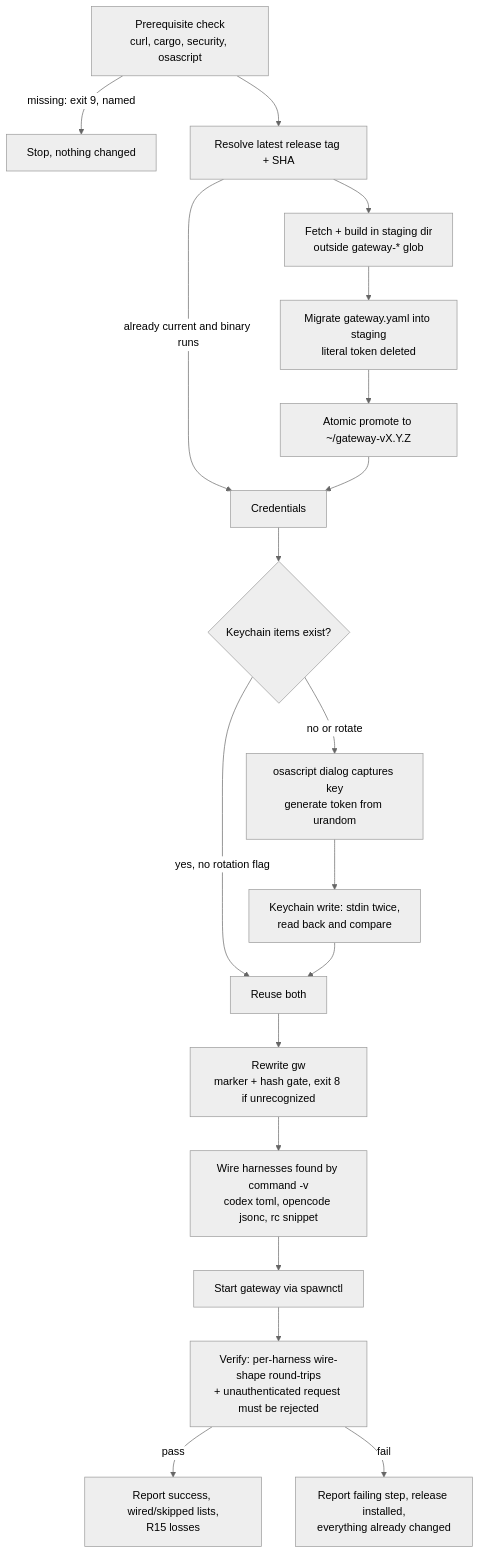
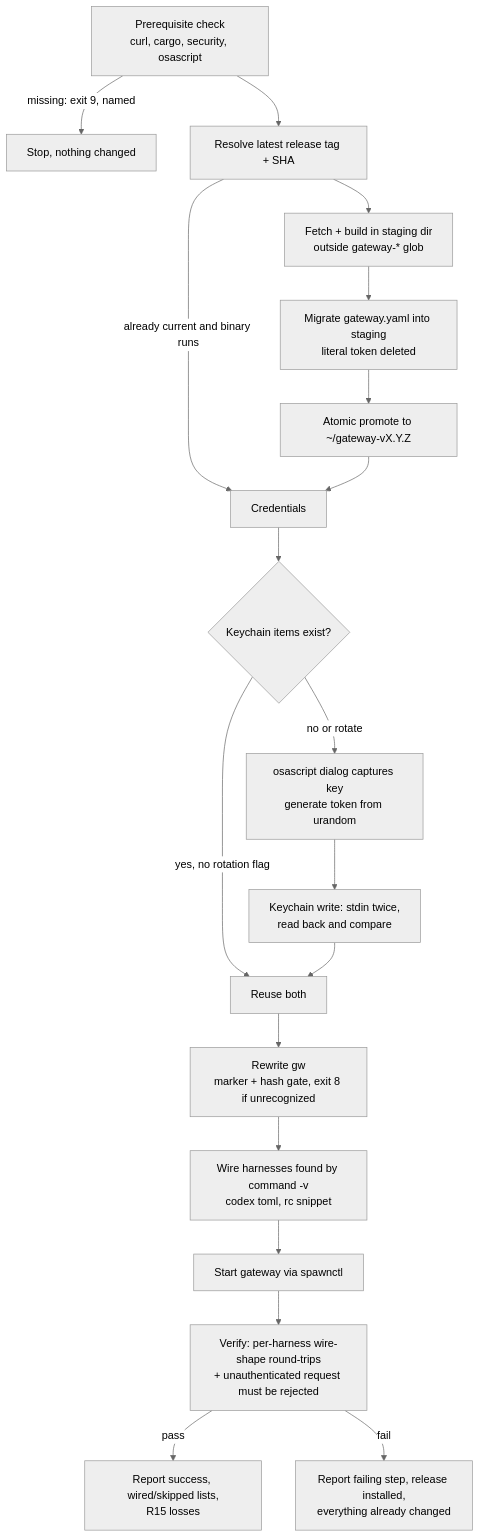
One commit to shawnroos/shrimpshack changed the first of 2 diagrams in docs/plans/2026-08-07-001-feat-gateway-setup-plan.md. Above: the diagram before and after it, drawn with Mermaid (neutral theme). The commit also changed other lines of this file, not shown here.

First line of the commit message:
docs(spawn): cut opencode from v1, keep Claude Code and Codex

````diff
--- a/docs/plans/2026-08-07-001-feat-gateway-setup-plan.md
+++ b/docs/plans/2026-08-07-001-feat-gateway-setup-plan.md
@@ -236,21 +238,21 @@
 ```mermaid
 flowchart TB
     A[Prerequisite check<br/>curl, cargo, security, osascript] -->|missing: exit 9, named| Z1[Stop, nothing changed]
     A --> B[Resolve latest release tag + SHA]
     B -->|already current and binary runs| G
     B --> C[Fetch + build in staging dir<br/>outside gateway-* glob]
     C --> D[Migrate gateway.yaml into staging<br/>literal token deleted]
     D --> E[Atomic promote to ~/gateway-vX.Y.Z]
     E --> G[Credentials]
     G --> G1{Keychain items exist?}
     G1 -->|yes, no rotation flag| H[Reuse both]
     G1 -->|no or rotate| G2[osascript dialog captures key<br/>generate token from urandom]
     G2 --> G3[Keychain write: stdin twice,<br/>read back and compare]
     G3 --> H
     H --> I[Rewrite gw<br/>marker + hash gate, exit 8 if unrecognized]
-    I --> J[Wire harnesses found by command -v<br/>codex toml, opencode jsonc, rc snippet]
+    I --> J[Wire harnesses found by command -v<br/>codex toml, rc snippet]
     J --> K[Start gateway via spawnctl]
     K --> L[Verify: per-harness wire-shape round-trips<br/>+ unauthenticated request must be rejected]
     L -->|pass| M[Report success, wired/skipped lists,<br/>R15 losses]
     L -->|fail| N[Report failing step, release installed,<br/>everything already changed]
 ```
````
